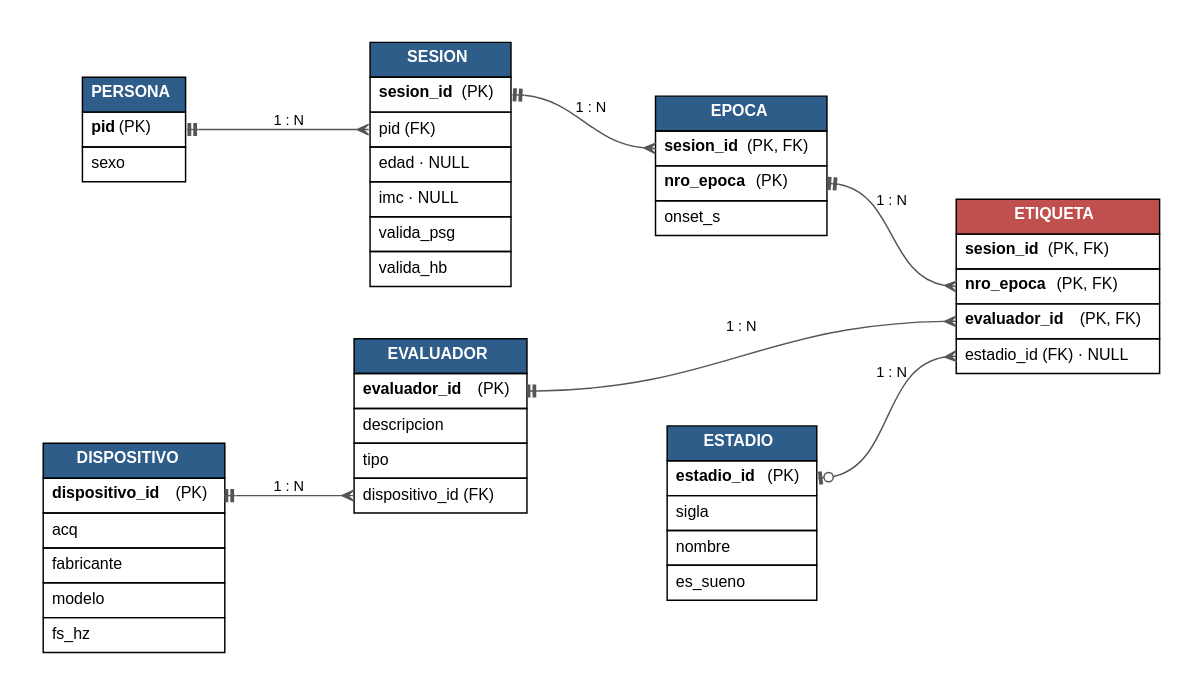
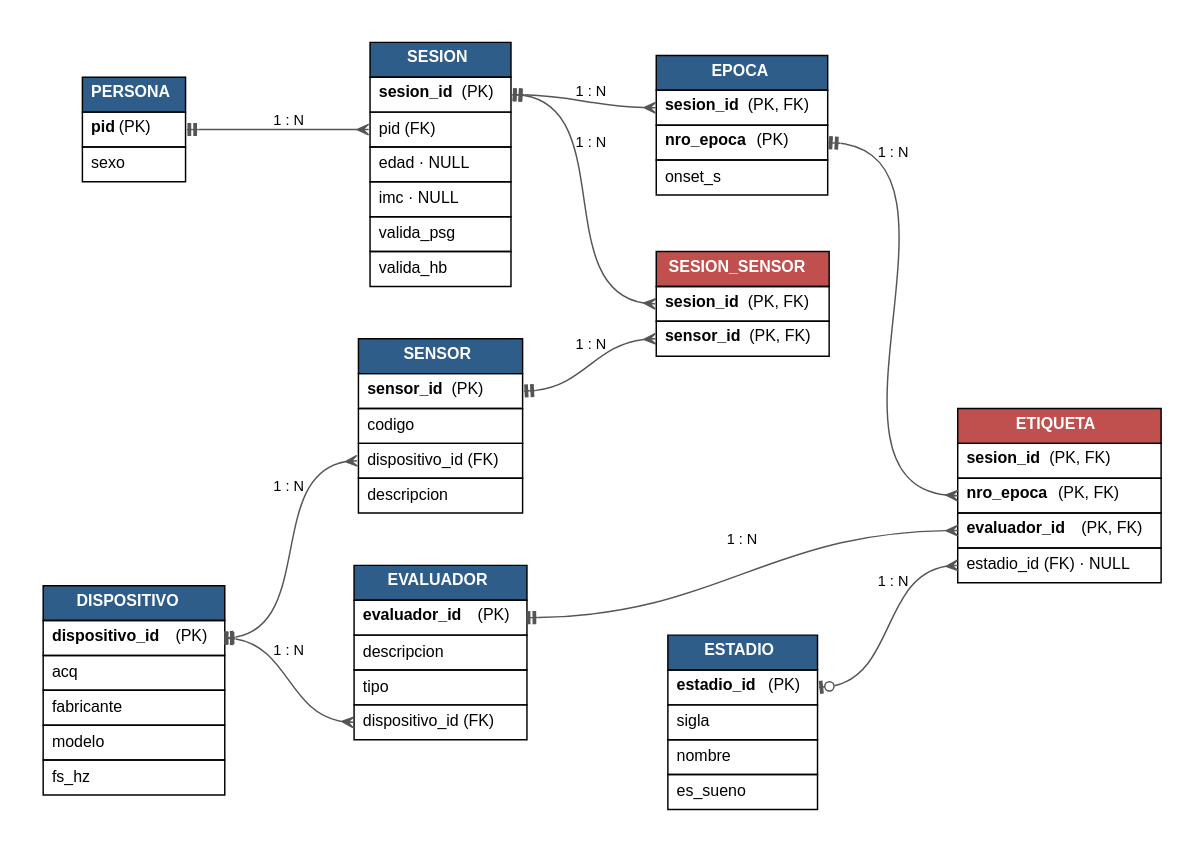
Before and after one commit to aylinavch/ITBA-Introduccion-Ingenieria-de-Datos: the diagram in TP-Final/img/er_oltp.dot, drawn with Graphviz. The commit also changed 2 other files, not shown here.

```diff
--- a/TP-Final/img/er_oltp.dot
+++ b/TP-Final/img/er_oltp.dot
@@ -1,64 +1,81 @@
 digraph ER {
   graph [rankdir=LR, bgcolor="white", pad=0.3, nodesep=0.5, ranksep=0.9, fontname="Helvetica"];
   node  [shape=plain, fontname="Helvetica", fontsize=11];
   edge  [fontname="Helvetica", fontsize=10, color="#555555", arrowsize=0.8];
 
   persona [label=<<table border="0" cellborder="1" cellspacing="0" cellpadding="5">
     <tr><td bgcolor="#2F5D8A"><font color="white"><b>PERSONA</b></font></td></tr>
     <tr><td align="left" port="pk"><b>pid</b> (PK)</td></tr>
     <tr><td align="left">sexo</td></tr></table>>];
 
   sesion [label=<<table border="0" cellborder="1" cellspacing="0" cellpadding="5">
     <tr><td bgcolor="#2F5D8A"><font color="white"><b>SESION</b></font></td></tr>
     <tr><td align="left" port="pk"><b>sesion_id</b> (PK)</td></tr>
     <tr><td align="left" port="pid">pid (FK)</td></tr>
     <tr><td align="left">edad · NULL</td></tr>
     <tr><td align="left">imc · NULL</td></tr>
     <tr><td align="left">valida_psg</td></tr>
     <tr><td align="left">valida_hb</td></tr></table>>];
 
   epoca [label=<<table border="0" cellborder="1" cellspacing="0" cellpadding="5">
     <tr><td bgcolor="#2F5D8A"><font color="white"><b>EPOCA</b></font></td></tr>
     <tr><td align="left" port="sid"><b>sesion_id</b> (PK, FK)</td></tr>
     <tr><td align="left" port="pk"><b>nro_epoca</b> (PK)</td></tr>
     <tr><td align="left">onset_s</td></tr></table>>];
 
   etiqueta [label=<<table border="0" cellborder="1" cellspacing="0" cellpadding="5">
     <tr><td bgcolor="#C0504D"><font color="white"><b>ETIQUETA</b></font></td></tr>
     <tr><td align="left"><b>sesion_id</b> (PK, FK)</td></tr>
     <tr><td align="left" port="ep"><b>nro_epoca</b> (PK, FK)</td></tr>
     <tr><td align="left" port="ev"><b>evaluador_id</b> (PK, FK)</td></tr>
     <tr><td align="left" port="es">estadio_id (FK) · NULL</td></tr></table>>];
 
   evaluador [label=<<table border="0" cellborder="1" cellspacing="0" cellpadding="5">
     <tr><td bgcolor="#2F5D8A"><font color="white"><b>EVALUADOR</b></font></td></tr>
     <tr><td align="left" port="pk"><b>evaluador_id</b> (PK)</td></tr>
     <tr><td align="left">descripcion</td></tr>
     <tr><td align="left">tipo</td></tr>
     <tr><td align="left" port="disp">dispositivo_id (FK)</td></tr></table>>];
 
   dispositivo [label=<<table border="0" cellborder="1" cellspacing="0" cellpadding="5">
     <tr><td bgcolor="#2F5D8A"><font color="white"><b>DISPOSITIVO</b></font></td></tr>
     <tr><td align="left" port="pk"><b>dispositivo_id</b> (PK)</td></tr>
     <tr><td align="left">acq</td></tr>
     <tr><td align="left">fabricante</td></tr>
     <tr><td align="left">modelo</td></tr>
     <tr><td align="left">fs_hz</td></tr></table>>];
 
   estadio [label=<<table border="0" cellborder="1" cellspacing="0" cellpadding="5">
     <tr><td bgcolor="#2F5D8A"><font color="white"><b>ESTADIO</b></font></td></tr>
     <tr><td align="left" port="pk"><b>estadio_id</b> (PK)</td></tr>
     <tr><td align="left">sigla</td></tr>
     <tr><td align="left">nombre</td></tr>
     <tr><td align="left">es_sueno</td></tr></table>>];
 
+
+  sensor [label=<<table border="0" cellborder="1" cellspacing="0" cellpadding="5">
+    <tr><td bgcolor="#2F5D8A"><font color="white"><b>SENSOR</b></font></td></tr>
+    <tr><td align="left" port="pk"><b>sensor_id</b> (PK)</td></tr>
+    <tr><td align="left">codigo</td></tr>
+    <tr><td align="left" port="disp">dispositivo_id (FK)</td></tr>
+    <tr><td align="left">descripcion</td></tr></table>>];
+
+  sesion_sensor [label=<<table border="0" cellborder="1" cellspacing="0" cellpadding="5">
+    <tr><td bgcolor="#C0504D"><font color="white"><b>SESION_SENSOR</b></font></td></tr>
+    <tr><td align="left" port="sid"><b>sesion_id</b> (PK, FK)</td></tr>
+    <tr><td align="left" port="sen"><b>sensor_id</b> (PK, FK)</td></tr></table>>];
+
   persona:pk -> sesion:pid    [label="1 : N", dir=both, arrowtail=teetee, arrowhead=crow];
   sesion:pk -> epoca:sid     [label="1 : N", dir=both, arrowtail=teetee, arrowhead=crow];
   epoca:pk -> etiqueta:ep  [label="1 : N", dir=both, arrowtail=teetee, arrowhead=crow];
   evaluador:pk -> etiqueta:ev [label="1 : N", dir=both, arrowtail=teetee, arrowhead=crow];
   estadio:pk -> etiqueta:es  [label="1 : N", dir=both, arrowtail=teeodot, arrowhead=crow];
   dispositivo:pk -> evaluador:disp [label="1 : N", dir=both, arrowtail=teetee, arrowhead=crow];
 
+  sesion:pk -> sesion_sensor:sid [label="1 : N", dir=both, arrowtail=teetee, arrowhead=crow];
+  sensor:pk -> sesion_sensor:sen [label="1 : N", dir=both, arrowtail=teetee, arrowhead=crow];
+  dispositivo:pk -> sensor:disp  [label="1 : N", dir=both, arrowtail=teetee, arrowhead=crow];
+
   {rank=same; persona; dispositivo}
-  {rank=same; sesion; evaluador}
+  {rank=same; sesion; evaluador; sensor}
 }
```
